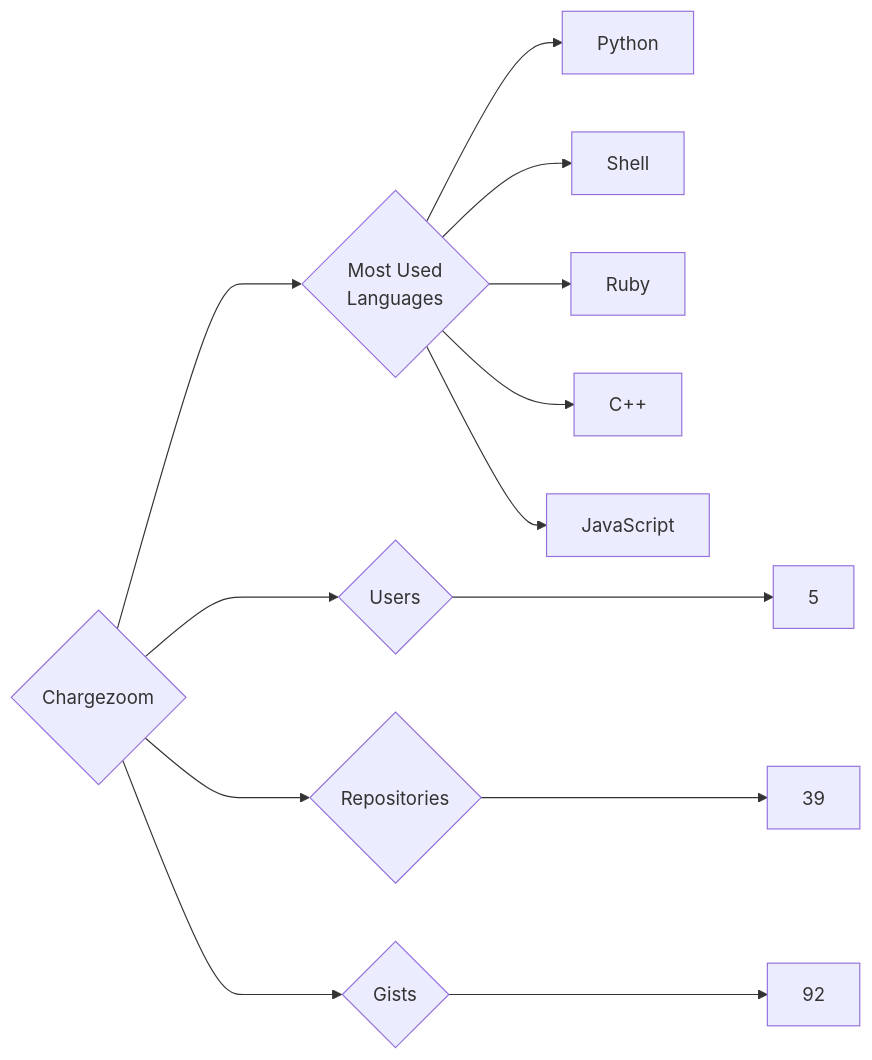
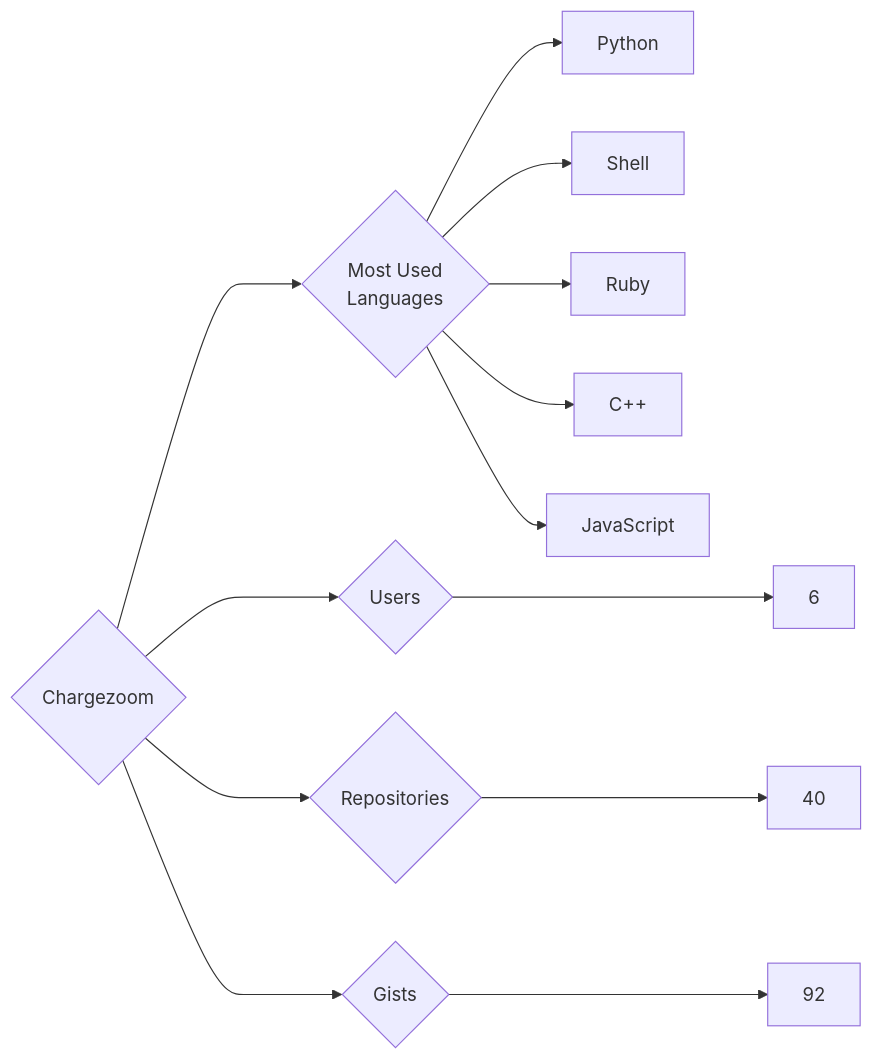
The diagram in targets/Chargezoom/README.md (trickest/insiders), drawn with Mermaid before and after one commit. The commit also changed 1149 other files, not shown here.

````diff
--- a/targets/Chargezoom/README.md
+++ b/targets/Chargezoom/README.md
@@ -3,13 +3,13 @@
 ```mermaid
 graph LR
 COMPANY_NAME{Chargezoom}
-COMPANY_NAME ---> U{Users} ---> UN[5]
-COMPANY_NAME ---> R{Repositories} ---> RN[39]
+COMPANY_NAME ---> U{Users} ---> UN[6]
+COMPANY_NAME ---> R{Repositories} ---> RN[40]
 COMPANY_NAME ---> G{Gists} ---> GN[92]
 COMPANY_NAME ---> ML{Most Used<br>Languages}
 ML --> Python[Python]
 ML --> Shell[Shell]
 ML --> Ruby[Ruby]
 ML --> C++[C++]
 ML --> JavaScript[JavaScript]
 ```
````
